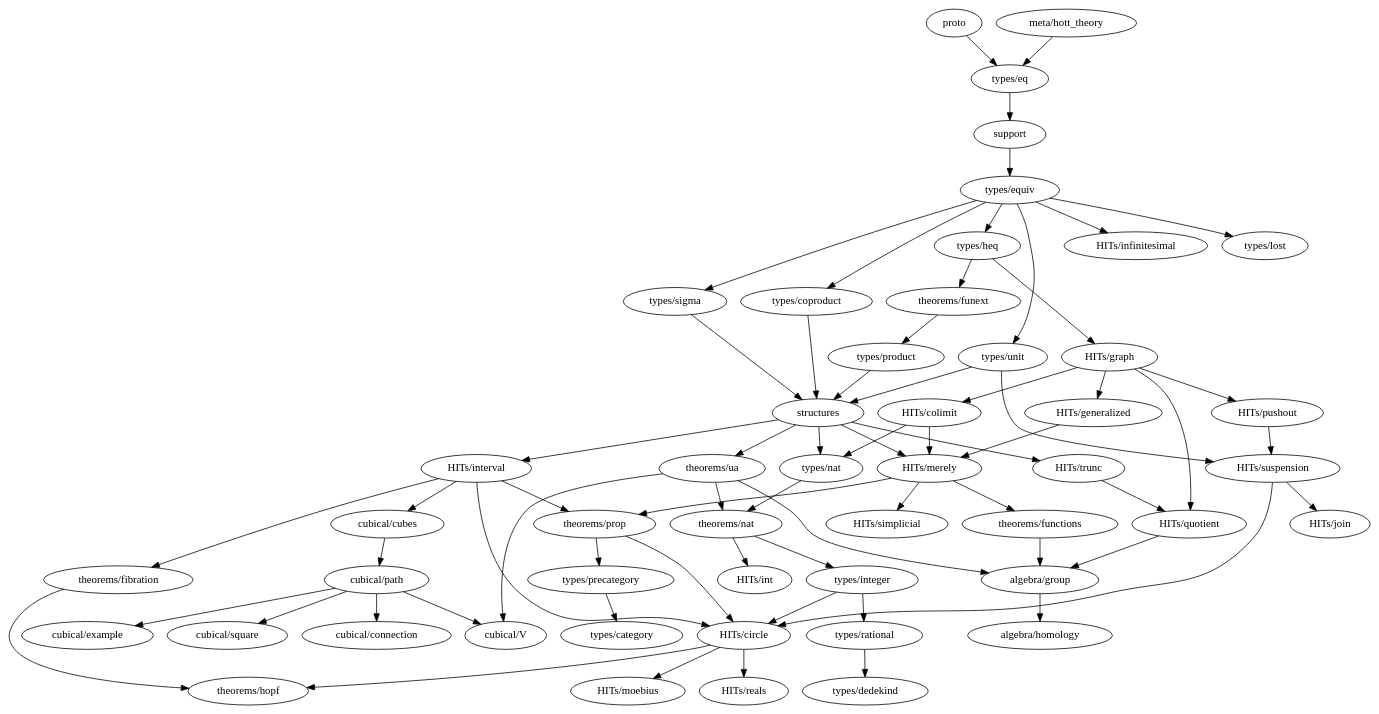
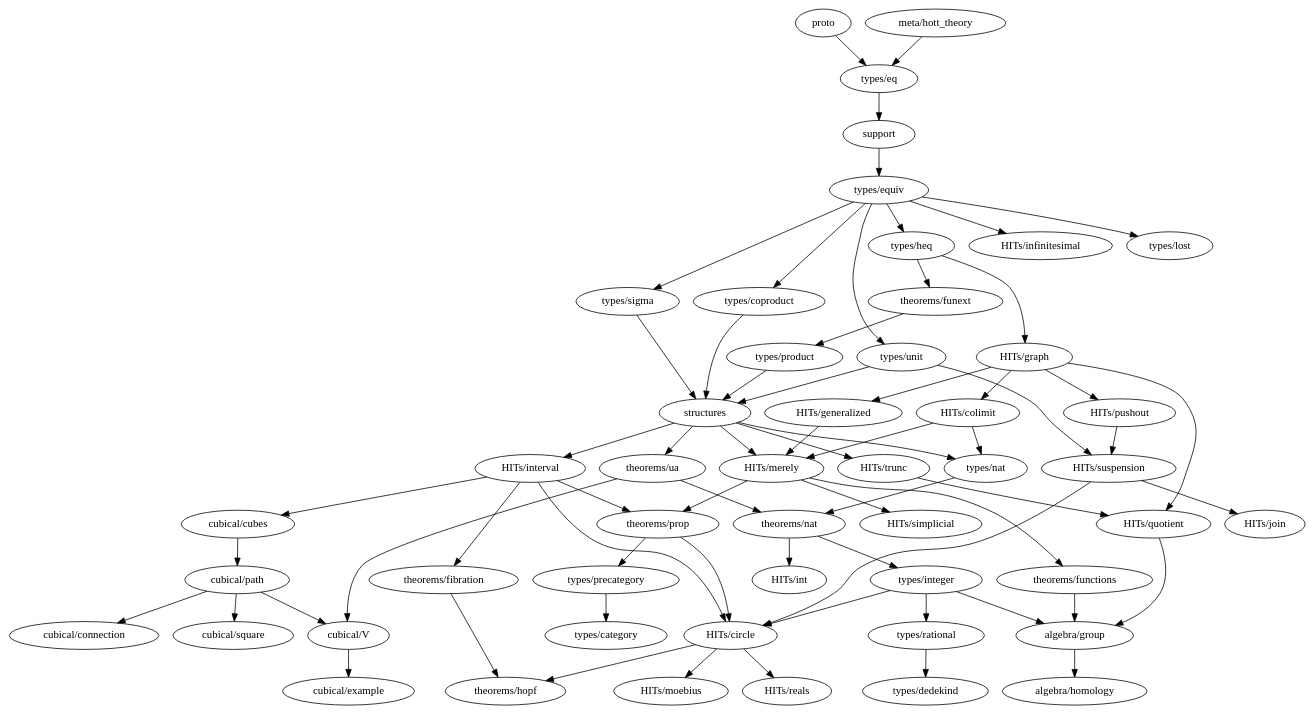
The diagram in dependency_map.gv (forked-from-1kasper/ground_zero), drawn with Graphviz before and after one commit. The commit also changed 5 other files, not shown here.

```diff
--- a/dependency_map.gv
+++ b/dependency_map.gv
@@ -1,104 +1,104 @@
 digraph dependency_map {
   proto -> "types/eq"
   "meta/hott_theory" -> "types/eq"
   support -> "types/equiv"
   structures -> {
     "HITs/interval",
     "HITs/merely",
     "HITs/trunc",
     "types/nat",
     "theorems/ua"
   }
 
   subgraph algebra {
     "algebra/group" -> { "algebra/homology" }
     "algebra/homology"
   }
 
   subgraph types {
     "types/category"
     "types/coproduct" -> { structures }
     "types/dedekind"
     "types/eq" -> { support }
     "types/equiv" -> {
       "types/heq",
       "HITs/infinitesimal",
       "types/coproduct",
       "types/lost",
       "types/unit",
       "types/sigma"
     }
     "types/heq" -> {
       "HITs/graph", "theorems/funext"
     }
     "types/integer" -> {
+      "algebra/group",
       "HITs/circle",
       "types/rational"
     }
     "types/lost"
     "types/nat" -> { "theorems/nat" }
     "types/precategory" -> { "types/category" }
     "types/product" -> { structures }
     "types/rational" -> { "types/dedekind" }
     "types/sigma" -> { structures }
     "types/unit" -> { structures, "HITs/suspension" }
   }
 
   subgraph HITs {
     "HITs/circle" -> { "theorems/hopf", "HITs/moebius", "HITs/reals" }
     "HITs/colimit" -> { "HITs/merely", "types/nat" }
     "HITs/generalized" -> "HITs/merely"
     "HITs/graph" -> {
       "HITs/colimit",
       "HITs/generalized",
       "HITs/pushout",
       "HITs/quotient"
     }
     "HITs/infinitesimal"
     "HITs/interval" -> {
       "cubical/cubes"
       "HITs/circle",
       "theorems/prop",
       "theorems/fibration"
     }
     "HITs/join"
     "HITs/merely" -> {
       "theorems/prop",
       "HITs/simplicial",
       "theorems/functions"
     }
     "HITs/moebius"
     "HITs/pushout" -> {
       "HITs/suspension"
     }
     "HITs/quotient" -> { "algebra/group" }
     "HITs/reals"
     "HITs/simplicial"
     "HITs/suspension" -> { "HITs/circle", "HITs/join" }
     "HITs/trunc" -> { "HITs/quotient" }
   }
 
   subgraph cubical {
     "cubical/connection"
     "cubical/cubes" -> "cubical/path"
     "cubical/example"
     "cubical/path" -> {
       "cubical/square",
-      "cubical/example",
       "cubical/V",
       "cubical/connection"
     }
     "cubical/square"
-    "cubical/V"
+    "cubical/V" -> { "cubical/example" }
   }
 
   subgraph theorems {
     "theorems/fibration" -> { "theorems/hopf" }
     "theorems/functions" -> { "algebra/group" }
     "theorems/funext" -> { "types/product" }
     "theorems/hopf"
     "theorems/nat" -> { "HITs/int", "types/integer" }
     "theorems/prop" -> { "HITs/circle", "types/precategory" }
-    "theorems/ua" -> { "algebra/group", "theorems/nat", "cubical/V" }
+    "theorems/ua" -> { "theorems/nat", "cubical/V" }
   }
 }
```
